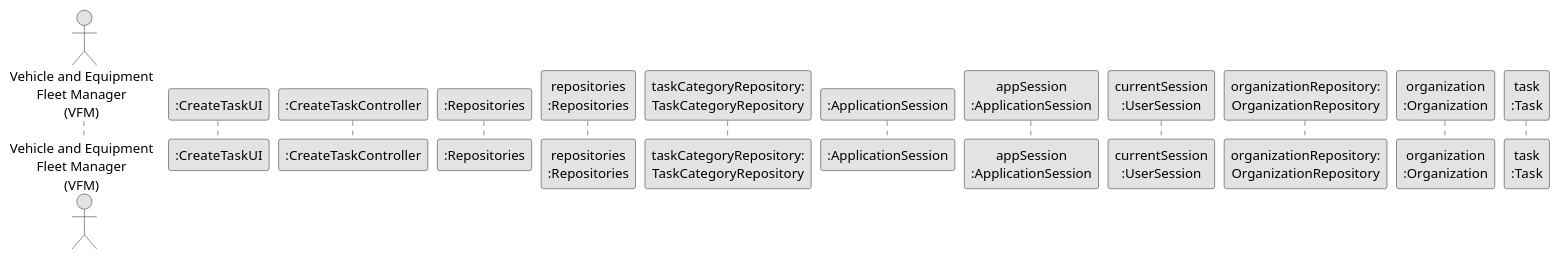
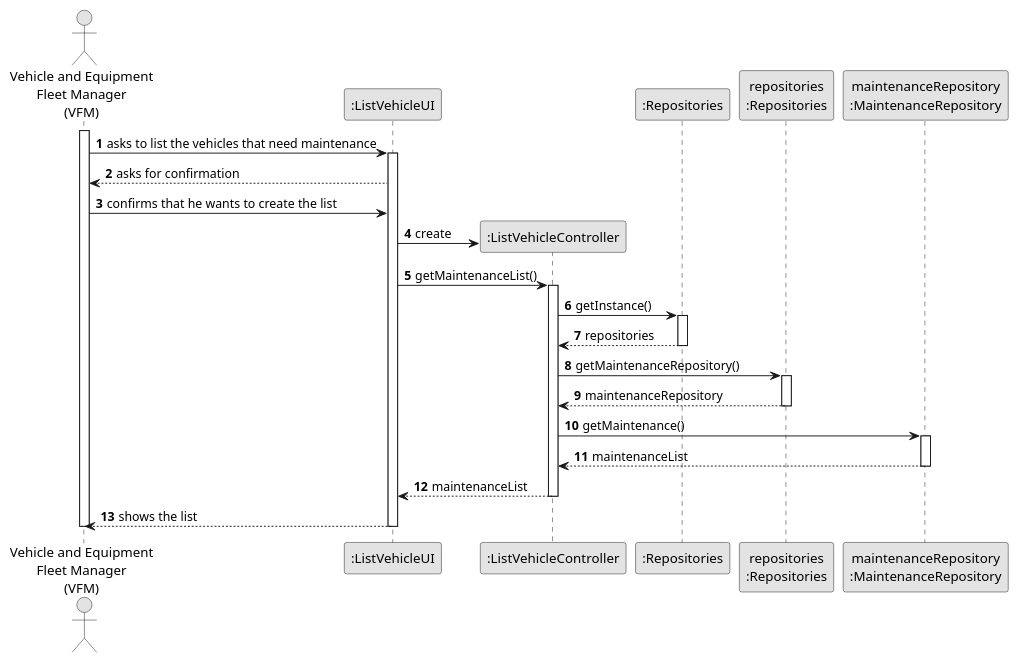
The diagram in docs/sprintB/us008/03.design/puml/us008-sequence-diagram-full.puml (diogoveirospro/lei-24-s2-1dg-g072), drawn with PlantUML before and after one commit. The commit also changed 16 other files, not shown here.

Commit message:
Updated the US08 design, sequences diagrams

```diff
--- a/docs/sprintB/us008/03.design/puml/us008-sequence-diagram-full.puml
+++ b/docs/sprintB/us008/03.design/puml/us008-sequence-diagram-full.puml
@@ -1,23 +1,60 @@
 @startuml
 skinparam monochrome true
 skinparam packageStyle rectangle
 skinparam shadowing false
 
 autonumber
 
 'hide footbox
-actor "Vehicle and Equipment\nFleet Manager\n(VFM)" as ADM
-participant ":CreateTaskUI" as UI
-participant ":CreateTaskController" as CTRL
+actor "Vehicle and Equipment\nFleet Manager\n(VFM)" as VFM
+participant ":ListVehicleUI" as UI
+participant ":ListVehicleController" as CTRL
 participant ":Repositories" as RepositorySingleton
-participant "repositories\n:Repositories" as PLAT
-participant "taskCategoryRepository:\nTaskCategoryRepository" as TaskCategoryRepository
-participant ":ApplicationSession" as _APP
-participant "appSession\n:ApplicationSession" as APP
-participant "currentSession\n:UserSession" as SESSAO
-participant "organizationRepository:\nOrganizationRepository" as OrganizationRepository
-participant "organization\n:Organization" as ORG
-participant "task\n:Task" as TAREFA
+participant "repositories\n:Repositories" as REP
+participant "maintenanceRepository\n:MaintenanceRepository" as maintenanceRepository
+
+
+activate VFM
+
+        VFM -> UI : asks to list the vehicles that need maintenance
+
+        activate UI
+
+            UI --> VFM : asks for confirmation
+
+            VFM -> UI : confirms that he wants to create the list
+            UI -> CTRL** : create
+            UI -> CTRL : getMaintenanceList()
+            activate CTRL
+
+                CTRL -> RepositorySingleton : getInstance()
+                activate RepositorySingleton
+
+                    RepositorySingleton --> CTRL: repositories
+                deactivate RepositorySingleton
+
+                CTRL -> REP : getMaintenanceRepository()
+                activate REP
+
+                    REP --> CTRL: maintenanceRepository
+                deactivate REP
+
+                CTRL -> maintenanceRepository : getMaintenance()
+
+                activate maintenanceRepository
+
+                        maintenanceRepository --> CTRL : maintenanceList
+                deactivate maintenanceRepository
+
+            deactivate maintenanceRepository
+
+            CTRL --> UI: maintenanceList
+            deactivate CTRL
+            UI --> VFM: shows the list
+    deactivate UI
+
+deactivate VFM
+
 
 
 @enduml
```
